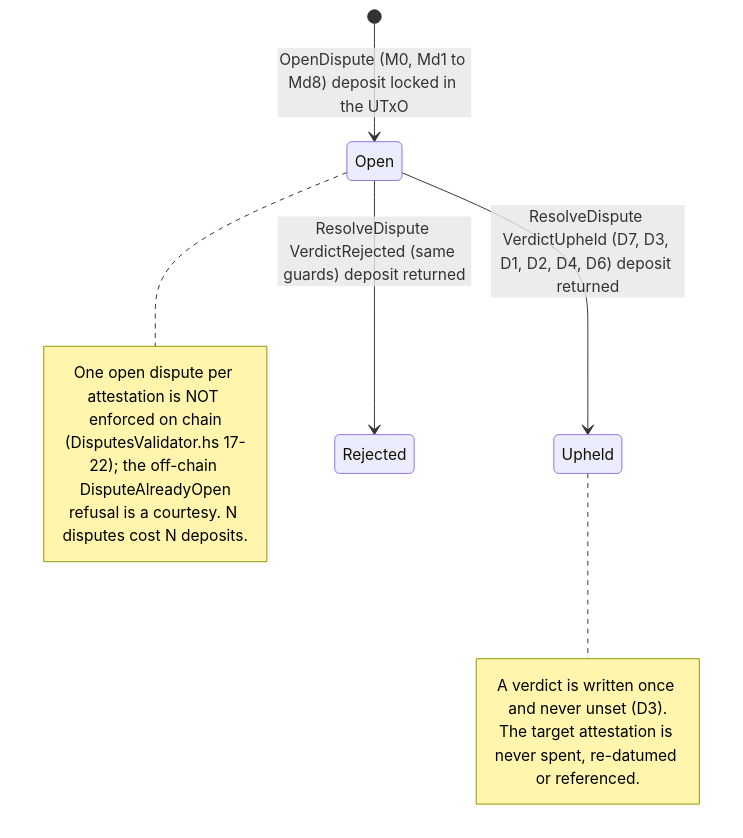
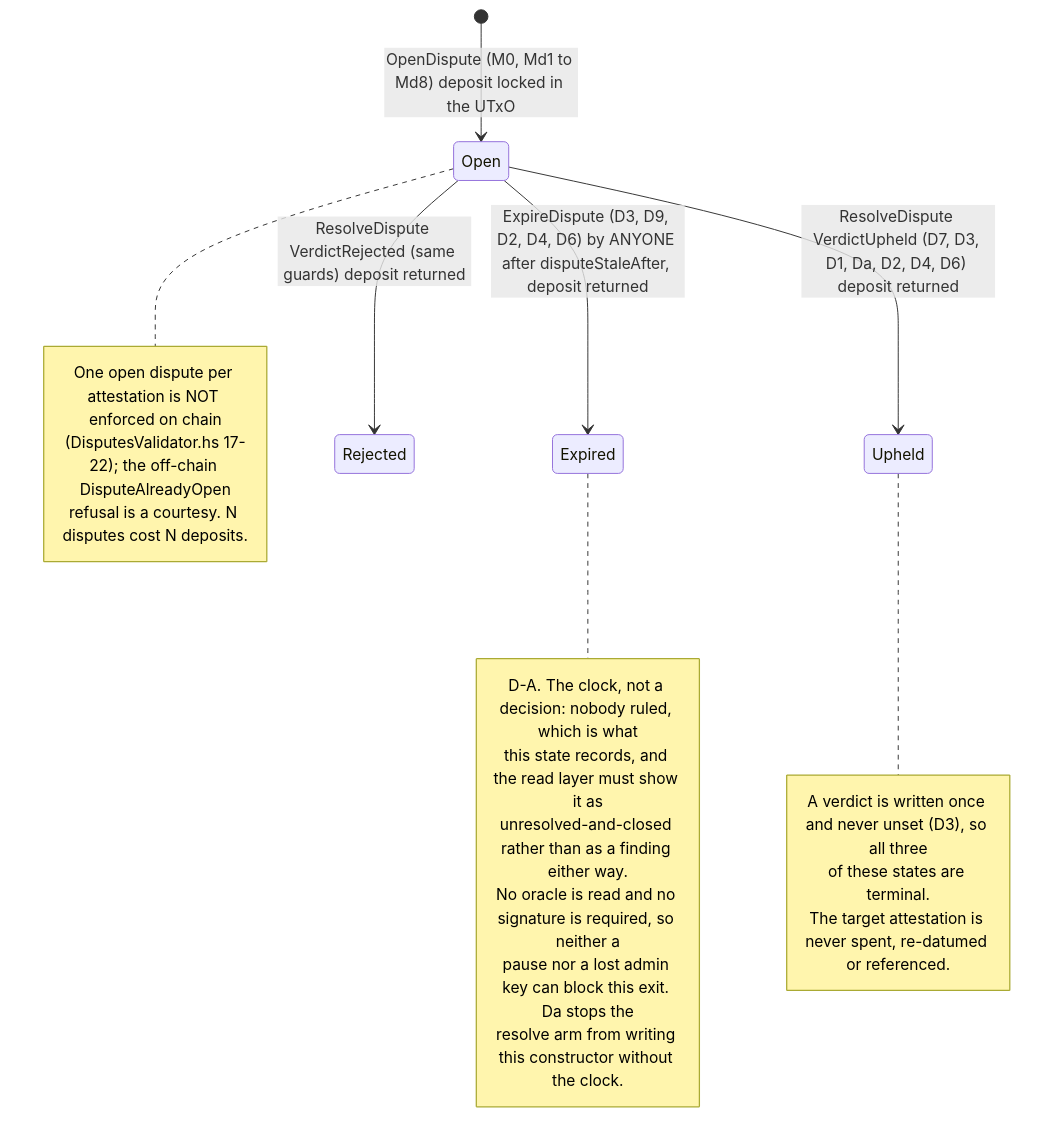
The ninth of 13 diagrams in docs/architecture/onchain-flows.md (en7angled/palmares), drawn with Mermaid before and after one commit. The commit also changed other lines of this file and 18 other files, not shown here.

````diff
--- a/docs/architecture/onchain-flows.md
+++ b/docs/architecture/onchain-flows.md
@@ -554,15 +716,25 @@
 ```mermaid
 stateDiagram-v2
   [*] --> Open : OpenDispute (M0, Md1 to Md8) deposit locked in the UTxO
-  Open --> Upheld : ResolveDispute VerdictUpheld (D7, D3, D1, D2, D4, D6) deposit returned
+  Open --> Upheld : ResolveDispute VerdictUpheld (D7, D3, D1, Da, D2, D4, D6) deposit returned
   Open --> Rejected : ResolveDispute VerdictRejected (same guards) deposit returned
+  Open --> Expired : ExpireDispute (D3, D9, D2, D4, D6) by ANYONE after disputeStaleAfter, deposit returned
   note right of Open
     One open dispute per attestation is NOT enforced on chain
     (DisputesValidator.hs 17-22); the off-chain DisputeAlreadyOpen
     refusal is a courtesy. N disputes cost N deposits.
   end note
+  note right of Expired
+    D-A. The clock, not a decision: nobody ruled, which is what
+    this state records, and the read layer must show it as
+    unresolved-and-closed rather than as a finding either way.
+    No oracle is read and no signature is required, so neither a
+    pause nor a lost admin key can block this exit. Da stops the
+    resolve arm from writing this constructor without the clock.
+  end note
   note right of Upheld
-    A verdict is written once and never unset (D3).
+    A verdict is written once and never unset (D3), so all three
+    of these states are terminal.
     The target attestation is never spent, re-datumed or referenced.
   end note
 ```
````
